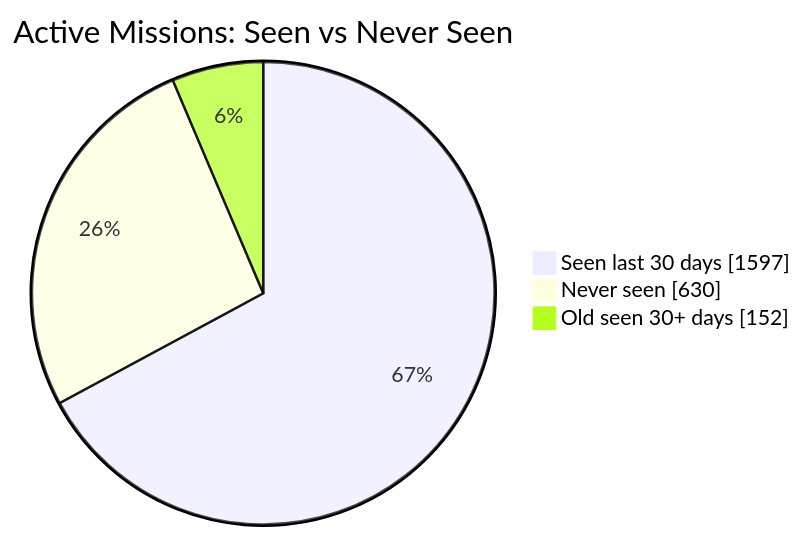
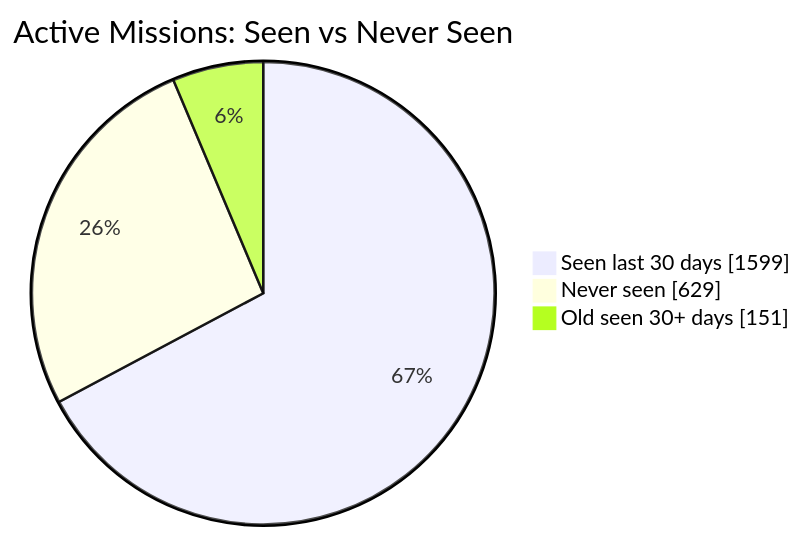
One commit to MeldkamerspelGameTeam/active-missions changed the first of 2 diagrams in README.md. Above: the diagram before and after it, drawn with Mermaid. The commit also changed other lines of this file and 3 other files, not shown here.

````diff
--- a/README.md
+++ b/README.md
@@ -34,7 +34,7 @@
 ```mermaid
 pie showData
     title Active Missions: Seen vs Never Seen
-    "Seen last 30 days" : 1597
-    "Never seen" : 630
-    "Old seen 30+ days" : 152
+    "Seen last 30 days" : 1599
+    "Never seen" : 629
+    "Old seen 30+ days" : 151
 ```
````
